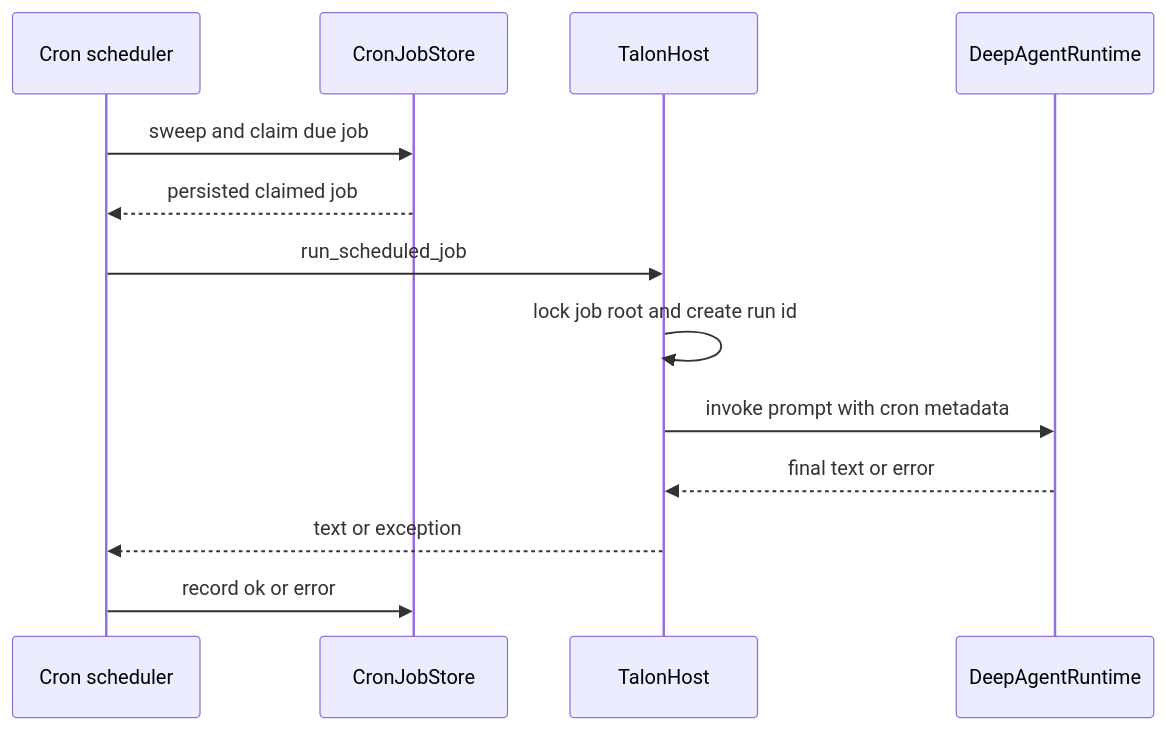
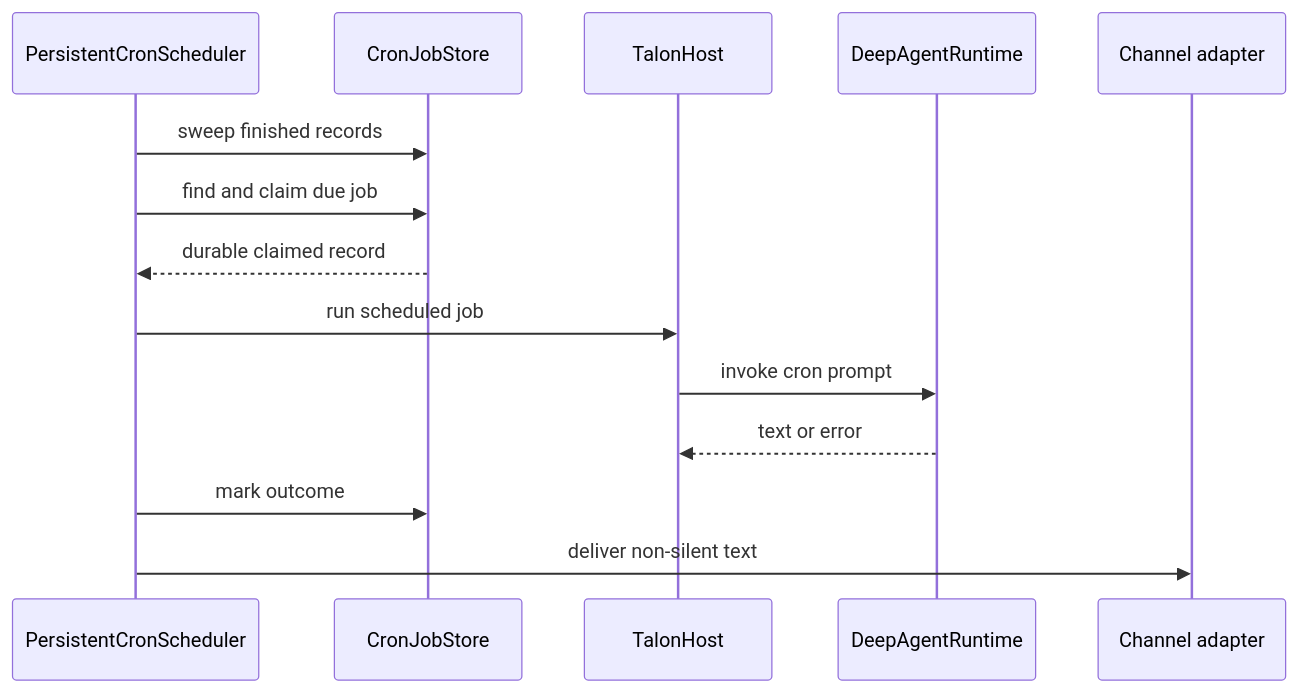
Before and after one commit to langchain-ai/deepagents: the first of 2 diagrams in openwiki/concepts/talon-scheduling.md, drawn with Mermaid. The commit also changed other lines of this file and 67 other files, not shown here.

````diff
--- a/openwiki/concepts/talon-scheduling.md
+++ b/openwiki/concepts/talon-scheduling.md
@@ -85,15 +37,16 @@
 ```mermaid
 sequenceDiagram
-    participant Ticker as Cron scheduler
+    participant Scheduler as PersistentCronScheduler
     participant Store as CronJobStore
     participant Host as TalonHost
     participant Runtime as DeepAgentRuntime
-    Ticker->>Store: sweep and claim due job
-    Store-->>Ticker: persisted claimed job
-    Ticker->>Host: run_scheduled_job
-    Host->>Host: lock job root and create run id
-    Host->>Runtime: invoke prompt with cron metadata
-    Runtime-->>Host: final text or error
-    Host-->>Ticker: text or exception
-    Ticker->>Store: record ok or error
+    participant Channel as Channel adapter
+    Scheduler->>Store: sweep finished records
+    Scheduler->>Store: find and claim due job
+    Store-->>Scheduler: durable claimed record
+    Scheduler->>Host: run scheduled job
+    Host->>Runtime: invoke cron prompt
+    Runtime-->>Host: text or error
+    Scheduler->>Store: mark outcome
+    Scheduler->>Channel: deliver non-silent text
 ```
````
